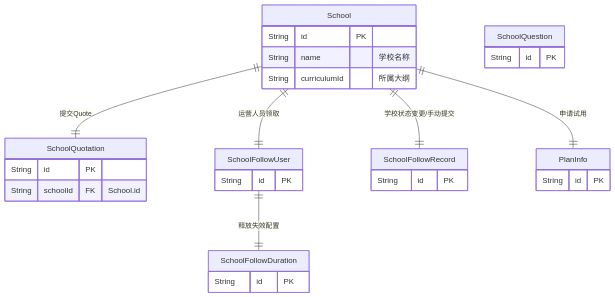
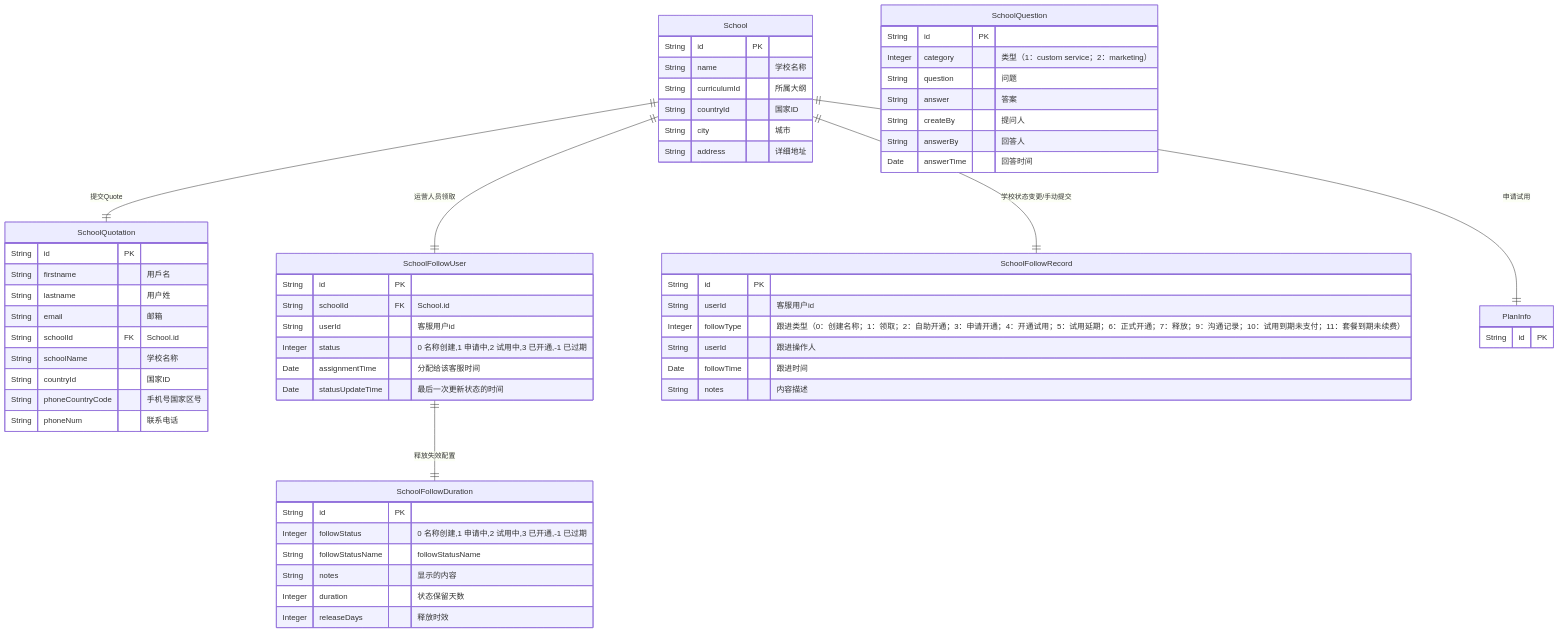
The diagram in uml/schoolFollow.md (zran-nz/doc), drawn with Mermaid before and after one commit. The commit also changed 1 other file, not shown here.

Commit message:
套餐、学校运营管理uml完善

````diff
--- a/uml/schoolFollow.md
+++ b/uml/schoolFollow.md
@@ -3,44 +3,75 @@
 ```mermaid
 erDiagram
 
 School {
   String id PK
   String name "学校名称"
   String curriculumId "所属大纲"
+  String countryId "国家ID"
+  String city "城市"
+  String address "详细地址"
 }
 School ||--||SchoolQuotation : "提交Quote"
 SchoolQuotation{
   String id PK
+  String firstname "用戶名"
+  String lastname "用户姓"
+  String email "邮箱"
   String schoolId FK "School.id"
+  String schoolName "学校名称"
+  String countryId "国家ID"
+  String phoneCountryCode "手机号国家区号"
+  String phoneNum "联系电话"
 }
 
 
 School ||--||SchoolFollowUser : "运营人员领取"
 SchoolFollowUser{
   String id PK
+  String schoolId FK "School.id"
+  String userId "客服用户id"
+  Integer status "0 名称创建,1 申请中,2 试用中,3 已开通,-1 已过期"
+  Date assignmentTime "分配给该客服时间"
+  Date statusUpdateTime "最后一次更新状态的时间"
 }
 
 
 School ||--||SchoolFollowRecord : "学校状态变更/手动提交"
 SchoolFollowRecord {
   String id PK
+  String userId "客服用户id"
+  Integer followType "跟进类型（0：创建名称；1：领取；2：自助开通；3：申请开通；4：开通试用；5：试用延期；6：正式开通；7：释放；9：沟通记录；10：试用到期未支付；11：套餐到期未续费）"
+  String userId "跟进操作人"
+  Date followTime "跟进时间"
+  String notes "内容描述"
 }
 
 
 SchoolFollowUser ||--||SchoolFollowDuration : "释放失效配置"
 SchoolFollowDuration {
   String id PK
+  Integer followStatus "0 名称创建,1 申请中,2 试用中,3 已开通,-1 已过期"
+  String followStatusName "followStatusName"
+  String notes "显示的内容"
+  Integer duration "状态保留天数"
+  Integer releaseDays "释放时效"
 }
 
 
 School ||--||PlanInfo : "申请试用"
 PlanInfo {
   String id PK
 }
 
 
 SchoolQuestion {
   String id PK
+  Integer category "类型（1：custom service；2：marketing）"
+  String question "问题"
+  String answer "答案"
+  String createBy "提问人"
+  String answerBy "回答人"
+  Date answerTime "回答时间"
 }
 
 ```
````
